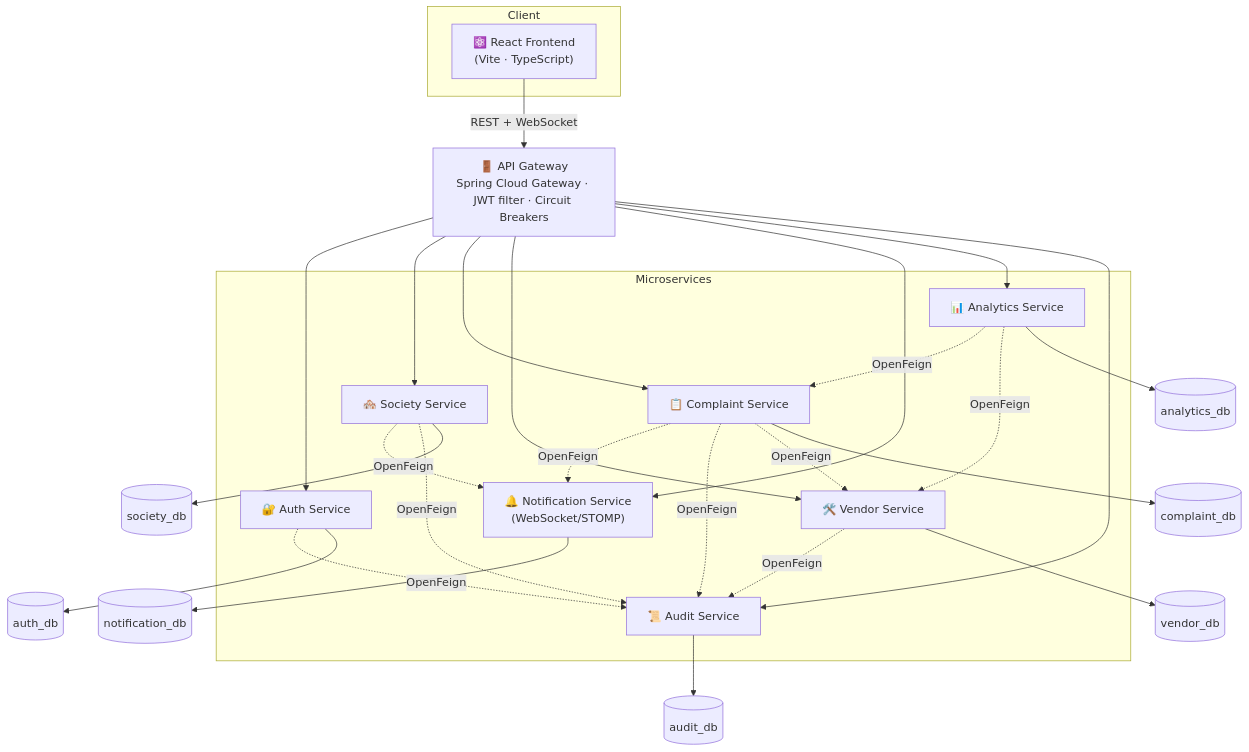
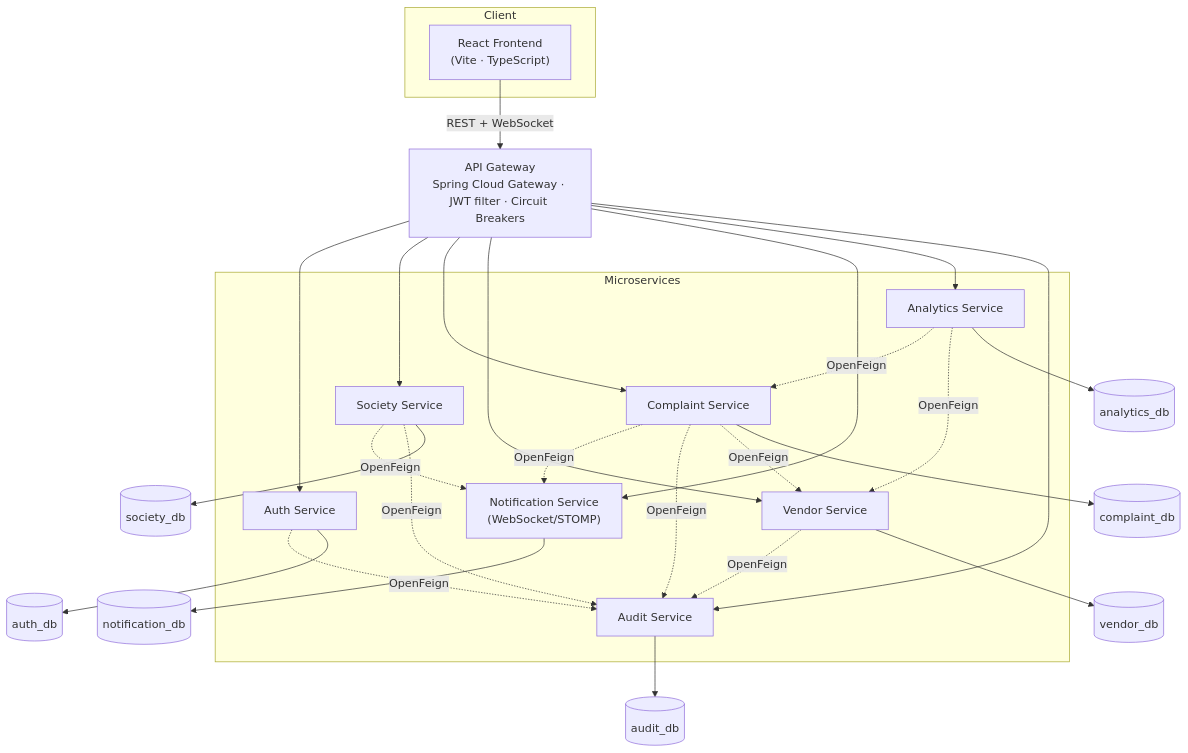
Before and after one commit to moreashish23/smart-society-saas-platform: the first of 2 diagrams in README.md, drawn with Mermaid. The commit also changed other lines of this file, not shown here.

````diff
--- a/README.md
+++ b/README.md
@@ -85,44 +85,44 @@
 ```mermaid
 flowchart TB
     subgraph Client
-        FE["⚛️ React Frontend<br/>(Vite · TypeScript)"]
+        FE[" React Frontend<br/>(Vite · TypeScript)"]
     end
 
-    FE -->|REST + WebSocket| GW["🚪 API Gateway<br/>Spring Cloud Gateway · JWT filter · Circuit Breakers"]
+    FE -->|REST + WebSocket| GW[" API Gateway<br/>Spring Cloud Gateway · JWT filter · Circuit Breakers"]
 
     subgraph Services["Microservices"]
-        AUTH["🔐 Auth Service"]
-        SOC["🏘️ Society Service"]
-        COMP["📋 Complaint Service"]
-        VEND["🛠️ Vendor Service"]
-        NOTIF["🔔 Notification Service<br/>(WebSocket/STOMP)"]
-        ANALYTICS["📊 Analytics Service"]
-        AUDIT["📜 Audit Service"]
+        AUTH[" Auth Service"]
+        SOC[" Society Service"]
+        COMP[" Complaint Service"]
+        VEND[" Vendor Service"]
+        NOTIF[" Notification Service<br/>(WebSocket/STOMP)"]
+        ANALYTICS[" Analytics Service"]
+        AUDIT[" Audit Service"]
     end
 
     GW --> AUTH
     GW --> SOC
     GW --> COMP
     GW --> VEND
     GW --> NOTIF
     GW --> ANALYTICS
     GW --> AUDIT
 
     COMP -. OpenFeign .-> NOTIF
     COMP -. OpenFeign .-> AUDIT
     COMP -. OpenFeign .-> VEND
     SOC  -. OpenFeign .-> NOTIF
     SOC  -. OpenFeign .-> AUDIT
     VEND -. OpenFeign .-> AUDIT
     AUTH -. OpenFeign .-> AUDIT
     ANALYTICS -. OpenFeign .-> COMP
     ANALYTICS -. OpenFeign .-> VEND
 
     AUTH --> AUTHDB[("auth_db")]
     SOC --> SOCDB[("society_db")]
     COMP --> COMPDB[("complaint_db")]
     VEND --> VENDDB[("vendor_db")]
     NOTIF --> NOTIFDB[("notification_db")]
     ANALYTICS --> ANALYTICSDB[("analytics_db")]
     AUDIT --> AUDITDB[("audit_db")]
 ```
````
